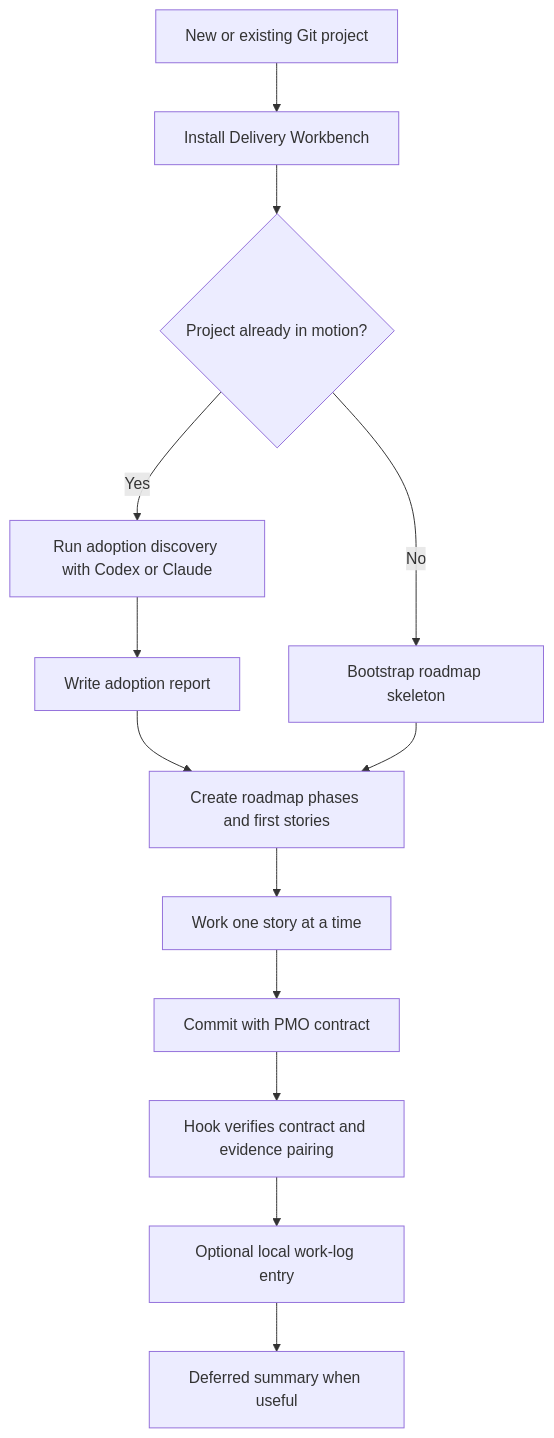
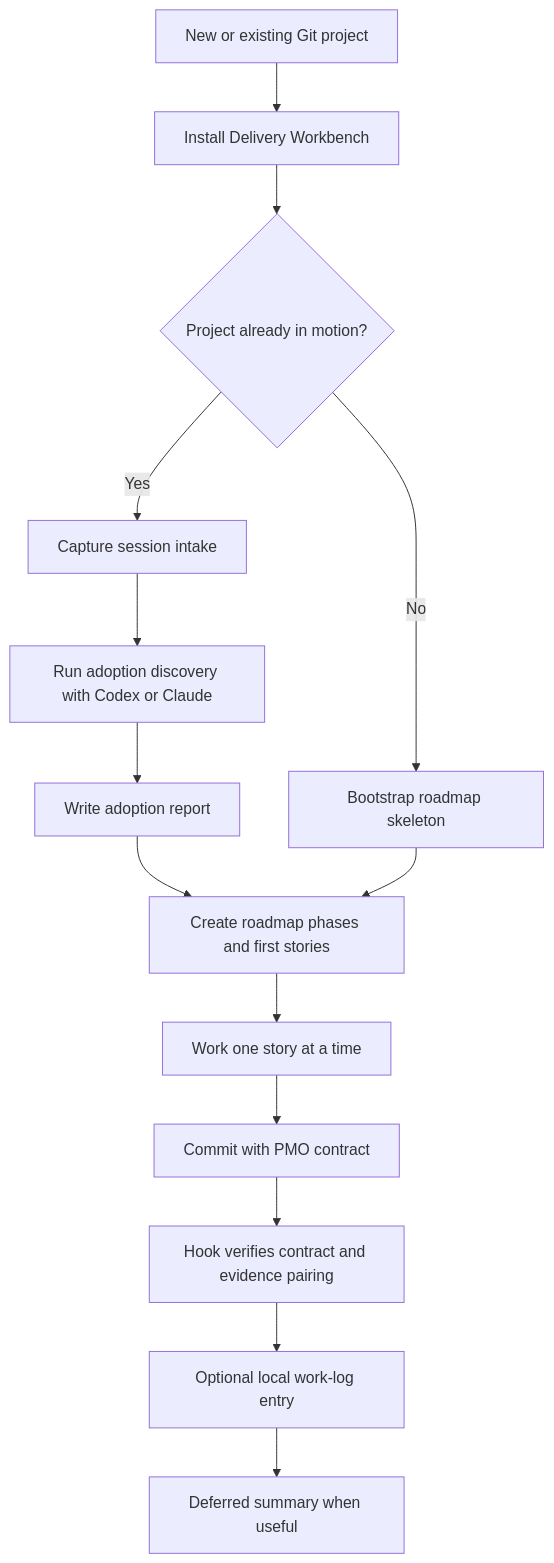
One commit to karolswdev/delivery-workbench changed the first of 4 diagrams in README.md. Above: the diagram before and after it, drawn with Mermaid. The commit also changed other lines of this file and 7 other files, not shown here.

Commit message:
Add session intake to adoption flow

````diff
--- a/README.md
+++ b/README.md
@@ -27,15 +27,16 @@
 ```mermaid
 flowchart TD
   A[New or existing Git project] --> B[Install Delivery Workbench]
   B --> C{Project already in motion?}
-  C -->|Yes| D[Run adoption discovery with Codex or Claude]
+  C -->|Yes| U[Capture session intake]
+  U --> D[Run adoption discovery with Codex or Claude]
   C -->|No| E[Bootstrap roadmap skeleton]
   D --> F[Write adoption report]
   F --> G[Create roadmap phases and first stories]
   E --> G
   G --> H[Work one story at a time]
   H --> I[Commit with PMO contract]
   I --> J[Hook verifies contract and evidence pairing]
   J --> K[Optional local work-log entry]
   K --> L[Deferred summary when useful]
 ```
````
